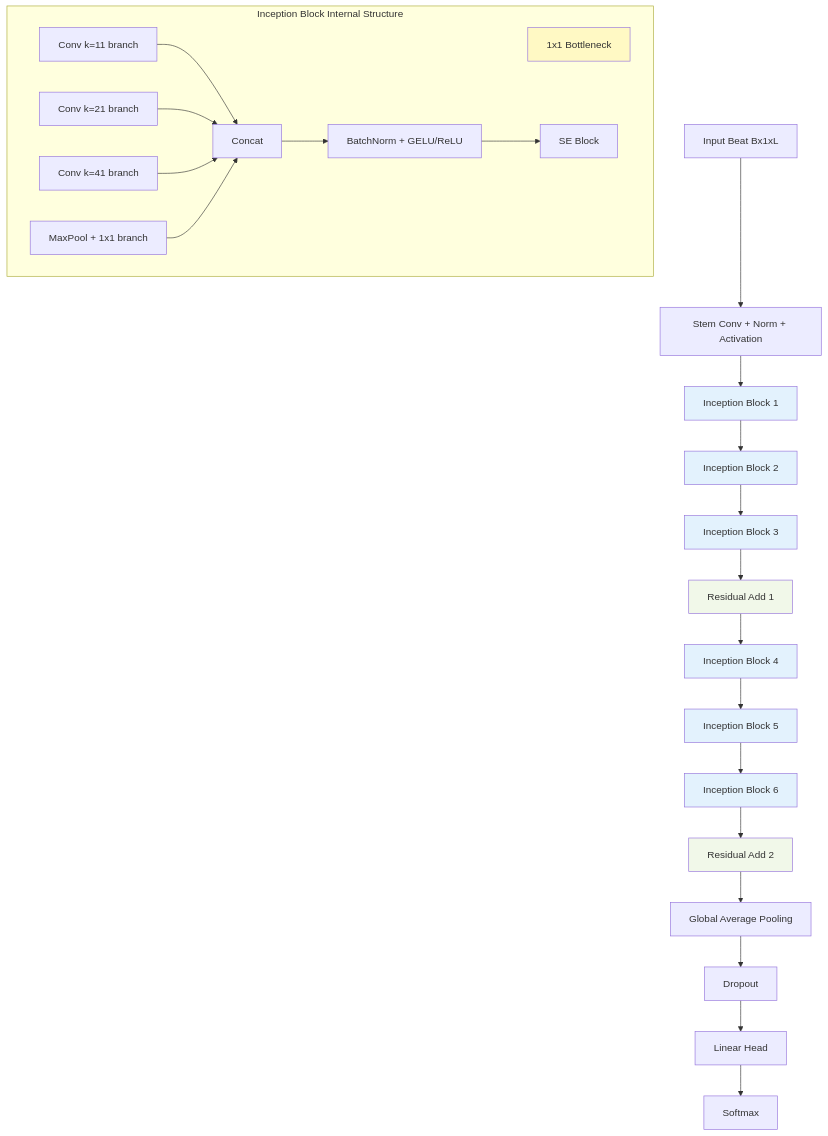
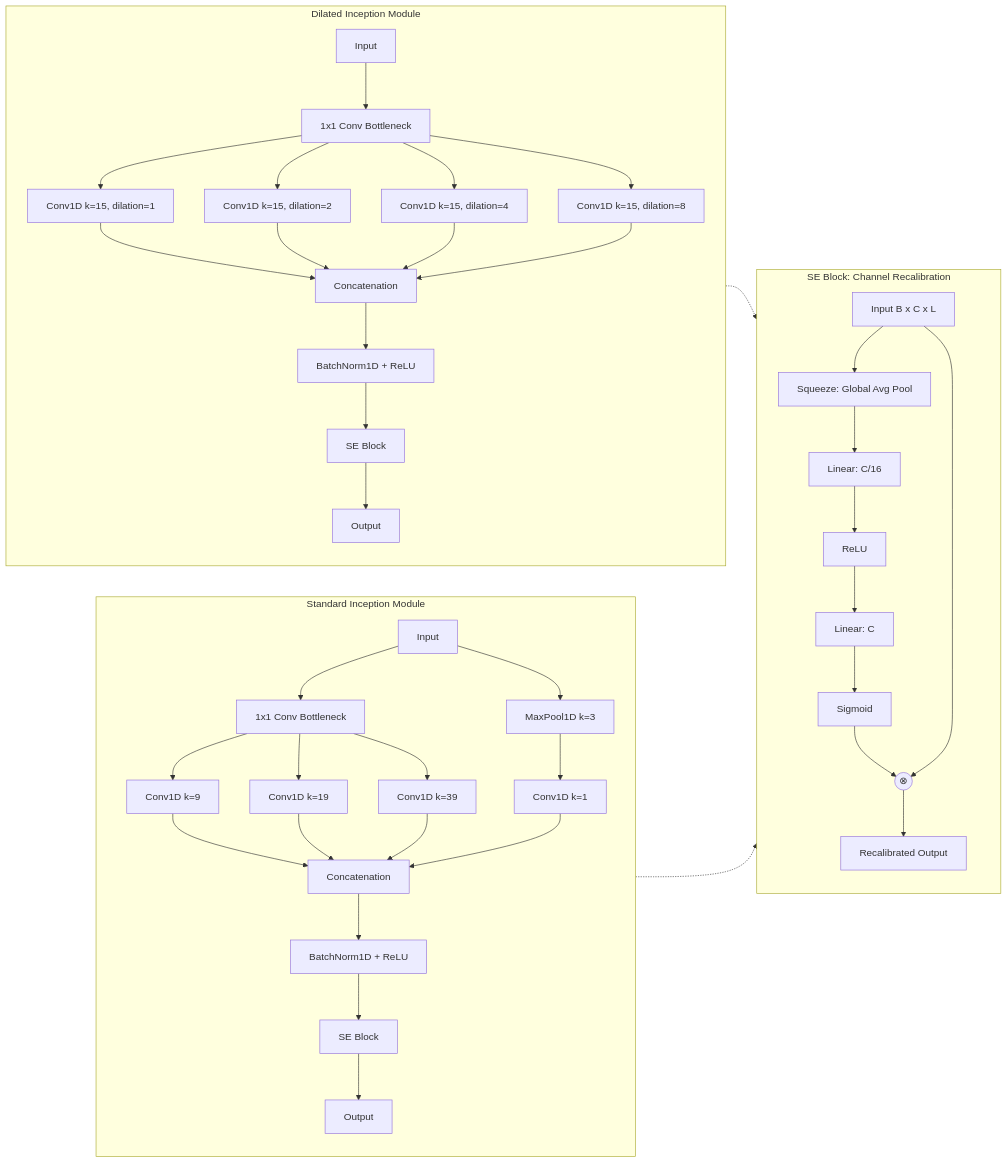
One commit to HardikNegi9/Guide changed the second of 3 diagrams in INCEPTIONTIME_ARCHITECTURE.md. Above: the diagram before and after it, drawn with Mermaid. The commit also changed other lines of this file and 5 other files, not shown here.

````diff
--- a/INCEPTIONTIME_ARCHITECTURE.md
+++ b/INCEPTIONTIME_ARCHITECTURE.md
@@ -39,40 +108,58 @@
 ```mermaid
-flowchart TD
-    A[Input Beat Bx1xL] --> B[Stem Conv + Norm + Activation]
-    B --> C[Inception Block 1]
-    C --> D[Inception Block 2]
-    D --> E[Inception Block 3]
-    E --> F[Residual Add 1]
-    F --> G[Inception Block 4]
-    G --> H[Inception Block 5]
-    H --> I[Inception Block 6]
-    I --> J[Residual Add 2]
-    J --> K[Global Average Pooling]
-    K --> L[Dropout]
-    L --> M[Linear Head]
-    M --> N[Softmax]
-
-    subgraph InceptionBlock[Inception Block Internal Structure]
-        X1[1x1 Bottleneck]
-        X2[Conv k=11 branch]
-        X3[Conv k=21 branch]
-        X4[Conv k=41 branch]
-        X5[MaxPool + 1x1 branch]
-        X2 --> X6[Concat]
-        X3 --> X6
-        X4 --> X6
-        X5 --> X6
-        X6 --> X7[BatchNorm + GELU/ReLU]
-        X7 --> X8[SE Block]
+flowchart LR
+    %% Standard Inception Module Breakout
+    subgraph StandardInception [Standard Inception Module]
+         direction TB
+         SI_In[Input] --> SI_Bneck[1x1 Conv Bottleneck]
+         
+         SI_Bneck --> SI_C1[Conv1D k=9]
+         SI_Bneck --> SI_C2[Conv1D k=19]
+         SI_Bneck --> SI_C3[Conv1D k=39]
+         
+         SI_In --> SI_MaxPool[MaxPool1D k=3] --> SI_PoolConv[Conv1D k=1]
+         
+         SI_C1 --> SI_Concat[Concatenation]
+         SI_C2 --> SI_Concat
+         SI_C3 --> SI_Concat
+         SI_PoolConv --> SI_Concat
+         
+         SI_Concat --> SI_Norm[BatchNorm1D + ReLU]
+         SI_Norm --> SI_SE[SE Block]
+         SI_SE --> SI_Out[Output]
     end
-
-    style C fill:#e3f2fd
-    style D fill:#e3f2fd
-    style E fill:#e3f2fd
-    style G fill:#e3f2fd
-    style H fill:#e3f2fd
-    style I fill:#e3f2fd
-    style F fill:#f1f8e9
-    style J fill:#f1f8e9
-    style X1 fill:#fff9c4
+    
+    %% Dilated Inception Module Breakout
+    subgraph DilatedInception [Dilated Inception Module]
+         direction TB
+         DI_In[Input] --> DI_Bneck[1x1 Conv Bottleneck]
+         
+         DI_Bneck --> DI_D1[Conv1D k=15, dilation=1]
+         DI_Bneck --> DI_D2[Conv1D k=15, dilation=2]
+         DI_Bneck --> DI_D3[Conv1D k=15, dilation=4]
+         DI_Bneck --> DI_D4[Conv1D k=15, dilation=8]
+         
+         DI_D1 --> DI_Concat[Concatenation]
+         DI_D2 --> DI_Concat
+         DI_D3 --> DI_Concat
+         DI_D4 --> DI_Concat
+         
+         DI_Concat --> DI_Norm[BatchNorm1D + ReLU]
+         DI_Norm --> DI_SE[SE Block]
+         DI_SE --> DI_Out[Output]
+    end
+    
+    %% Common SE Block Details
+    subgraph SEDetails [SE Block: Channel Recalibration]
+        SE_In[Input B x C x L] --> SE_Sq[Squeeze: Global Avg Pool]
+        SE_Sq --> SE_Lin1[Linear: C/16]
+        SE_Lin1 --> SE_ReLU[ReLU]
+        SE_ReLU --> SE_Lin2[Linear: C]
+        SE_Lin2 --> SE_Sigmoid[Sigmoid]
+        SE_Sigmoid --> SE_Mult((⊗))
+        SE_In --> SE_Mult
+        SE_Mult --> SE_Out_Final[Recalibrated Output]
+    end
+    
+    SI_SE -.-> SEDetails
+    DI_SE -.-> SEDetails
 ```
````
